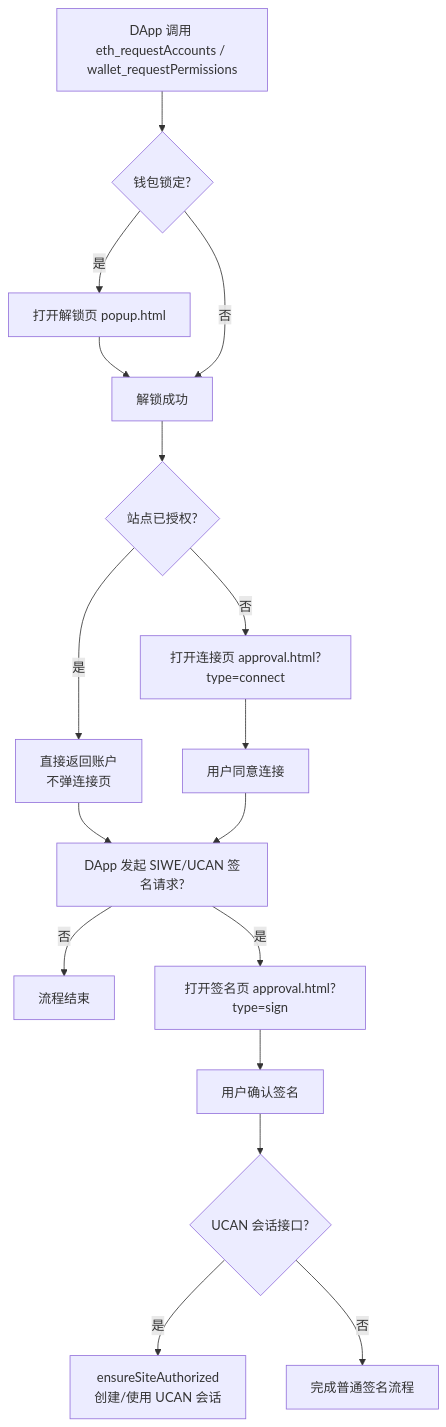
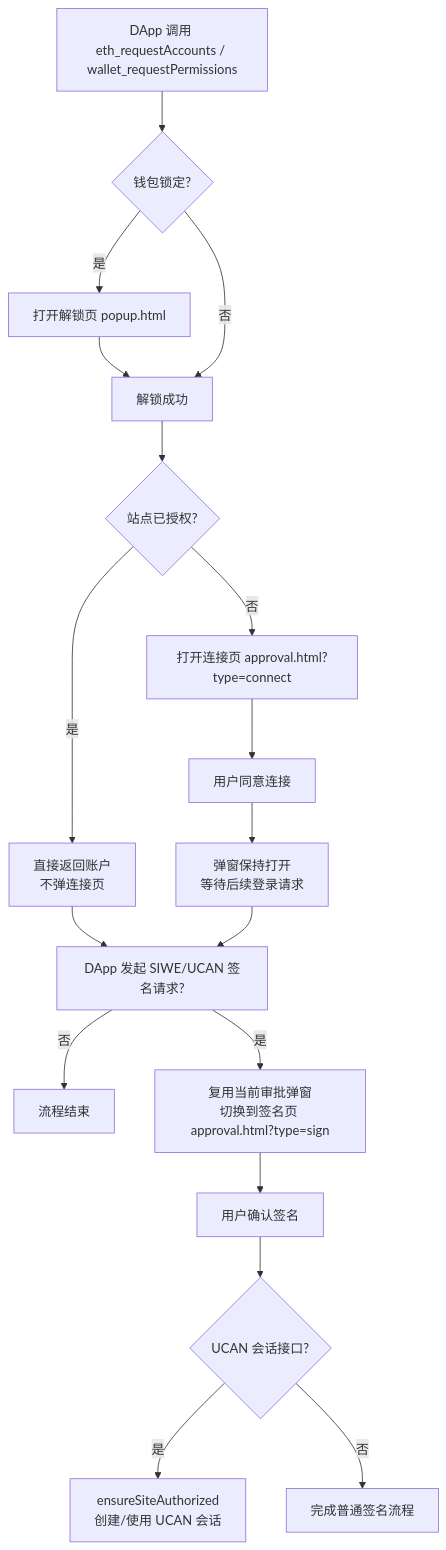
One commit to yeying-community/wallet changed the diagram in docs/zh/dapp-connection-flow.md. Above: the diagram before and after it, drawn with Mermaid. The commit also changed other lines of this file and 10 other files, not shown here.

Commit message:
feat: unify approval popup flow for connect and sign

````diff
--- a/docs/zh/dapp-connection-flow.md
+++ b/docs/zh/dapp-connection-flow.md
@@ -39,19 +40,20 @@
 ```mermaid
 flowchart TD
   A[DApp 调用 eth_requestAccounts / wallet_requestPermissions] --> B{钱包锁定?}
   B -- 是 --> C[打开解锁页 popup.html]
   C --> D[解锁成功]
   B -- 否 --> D
   D --> E{站点已授权?}
   E -- 是 --> F[直接返回账户<br/>不弹连接页]
   E -- 否 --> G[打开连接页 approval.html?type=connect]
   G --> H[用户同意连接]
+  H --> H1[弹窗保持打开<br/>等待后续登录请求]
   F --> I[DApp 发起 SIWE/UCAN 签名请求?]
-  H --> I
+  H1 --> I
   I -- 否 --> J[流程结束]
-  I -- 是 --> K[打开签名页 approval.html?type=sign]
+  I -- 是 --> K[复用当前审批弹窗<br/>切换到签名页 approval.html?type=sign]
   K --> L[用户确认签名]
   L --> M{UCAN 会话接口?}
   M -- 是 --> N[ensureSiteAuthorized<br/>创建/使用 UCAN 会话]
   M -- 否 --> O[完成普通签名流程]
 ```
````
